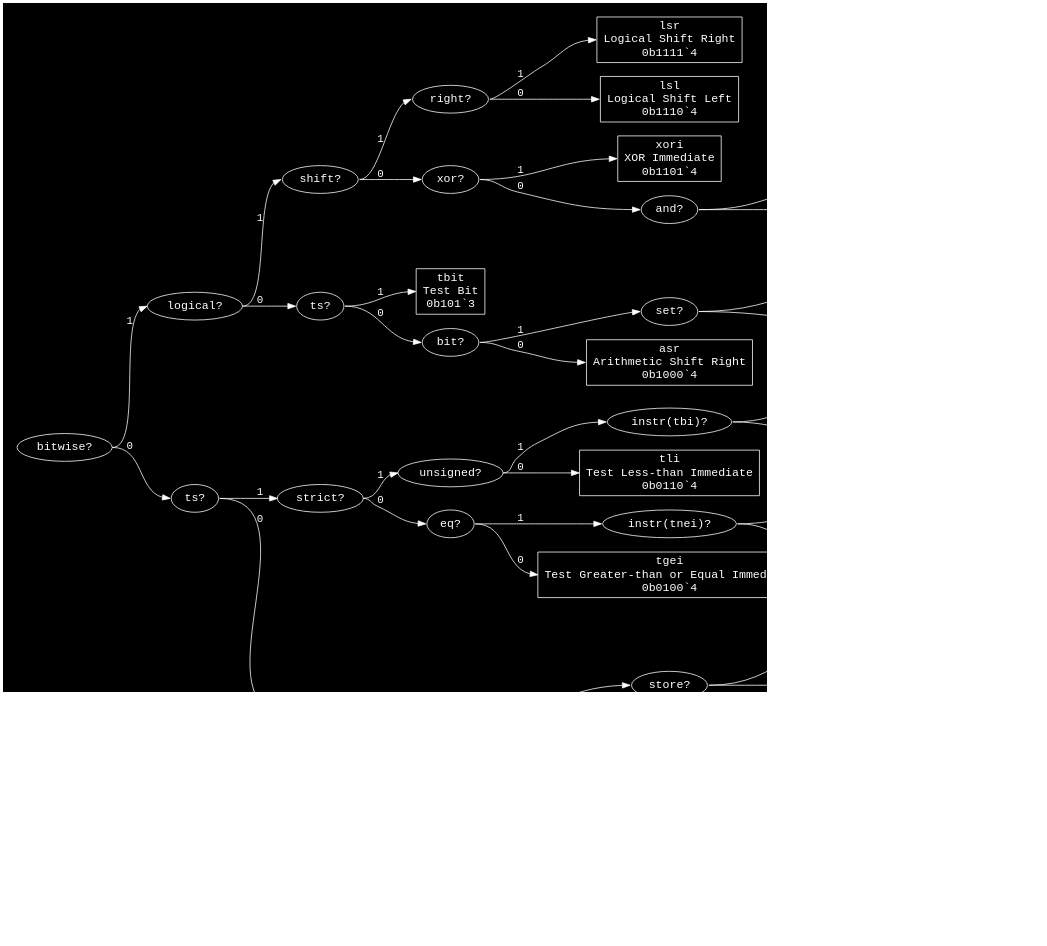
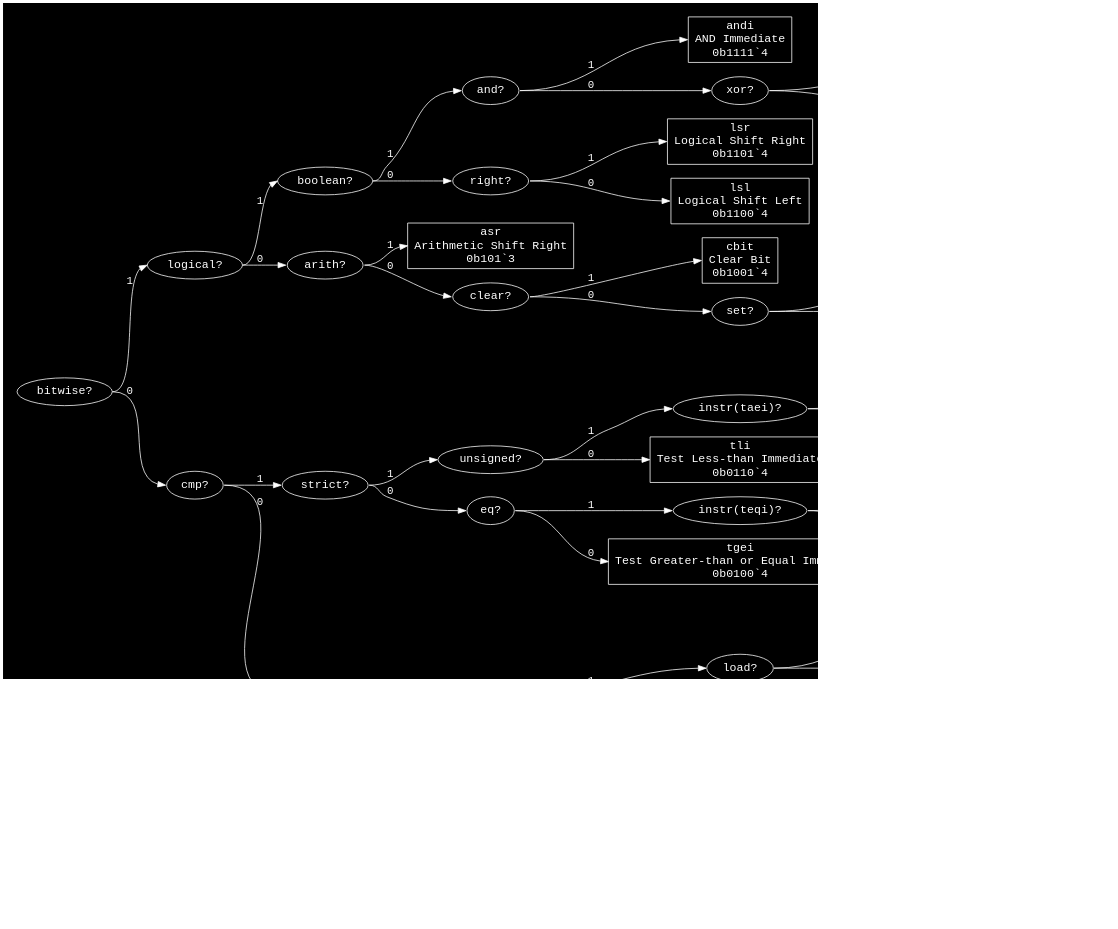
One commit to eignnx/SPRIND changed the diagram in assets/graphs/ri(_).dot. Above: the diagram before and after it, drawn with Graphviz. The commit also changed 15 other files, not shown here.

```diff
--- a/assets/graphs/ri(_).dot
+++ b/assets/graphs/ri(_).dot
@@ -1,90 +1,90 @@
 digraph "Format ri(_)" {
   graph [dpi = 100, bgcolor="#111", fontcolor="white", rankdir=LR, pad="0.25"];
   node [fontname = "Courier", fontsize="15pt", color="white", fontcolor="white"];
   edge [fontname = "Courier", color="white", fontcolor="white"];
-  "bitwise_4696981" [label = "bitwise?", shape = ellipse];
-  "bitwise_4696981":e -> "logical_14885677":w [label = "1"];
-  "bitwise_4696981":e -> "ts_12450932":w [label = "0"];
-  "logical_14885677" [label = "logical?", shape = ellipse];
-  "logical_14885677":e -> "shift_8030087":w [label = "1"];
-  "logical_14885677":e -> "ts_9829234":w [label = "0"];
-  "shift_8030087" [label = "shift?", shape = ellipse];
-  "shift_8030087":e -> "right_9450710":w [label = "1"];
-  "shift_8030087":e -> "xor_893094":w [label = "0"];
+  "bitwise_16196687" [label = "bitwise?", shape = ellipse];
+  "bitwise_16196687":e -> "logical_5039830":w [label = "1"];
+  "bitwise_16196687":e -> "cmp_1283545":w [label = "0"];
+  "logical_5039830" [label = "logical?", shape = ellipse];
+  "logical_5039830":e -> "boolean_13427020":w [label = "1"];
+  "logical_5039830":e -> "arith_9698543":w [label = "0"];
+  "boolean_13427020" [label = "boolean?", shape = ellipse];
+  "boolean_13427020":e -> "and_9476752":w [label = "1"];
+  "boolean_13427020":e -> "right_9450710":w [label = "0"];
+  "and_9476752" [label = "and?", shape = ellipse];
+  "and_9476752":e -> "andi_12159617":w [label = "1"];
+  "and_9476752":e -> "xor_2651879":w [label = "0"];
+  "andi_12159617" [label = "andi\nAND Immediate\n0b1111`4", shape = rectangle];
+  "xor_2651879" [label = "xor?", shape = ellipse];
+  "xor_2651879":e -> "xori_1004432":w [label = "1"];
+  "xor_2651879":e -> "ori_10741780":w [label = "0"];
+  "xori_1004432" [label = "xori\nXOR Immediate\n0b11101`5", shape = rectangle];
+  "ori_10741780" [label = "ori\nOR Immediate\n0b11100`5", shape = rectangle];
   "right_9450710" [label = "right?", shape = ellipse];
   "right_9450710":e -> "lsr_5551459":w [label = "1"];
   "right_9450710":e -> "lsl_933506":w [label = "0"];
-  "lsr_5551459" [label = "lsr\nLogical Shift Right\n0b1111`4", shape = rectangle];
-  "lsl_933506" [label = "lsl\nLogical Shift Left\n0b1110`4", shape = rectangle];
-  "xor_893094" [label = "xor?", shape = ellipse];
-  "xor_893094":e -> "xori_1004432":w [label = "1"];
-  "xor_893094":e -> "and_9270733":w [label = "0"];
-  "xori_1004432" [label = "xori\nXOR Immediate\n0b1101`4", shape = rectangle];
-  "and_9270733" [label = "and?", shape = ellipse];
-  "and_9270733":e -> "andi_12159617":w [label = "1"];
-  "and_9270733":e -> "ori_10741780":w [label = "0"];
-  "andi_12159617" [label = "andi\nAND Immediate\n0b11001`5", shape = rectangle];
-  "ori_10741780" [label = "ori\nOR Immediate\n0b11000`5", shape = rectangle];
-  "ts_9829234" [label = "ts?", shape = ellipse];
-  "ts_9829234":e -> "tbit_5372373":w [label = "1"];
-  "ts_9829234":e -> "bit_8224027":w [label = "0"];
-  "tbit_5372373" [label = "tbit\nTest Bit\n0b101`3", shape = rectangle];
-  "bit_8224027" [label = "bit?", shape = ellipse];
-  "bit_8224027":e -> "set_3704032":w [label = "1"];
-  "bit_8224027":e -> "asr_4658712":w [label = "0"];
-  "set_3704032" [label = "set?", shape = ellipse];
-  "set_3704032":e -> "sbit_16738776":w [label = "1"];
-  "set_3704032":e -> "cbit_262815":w [label = "0"];
-  "sbit_16738776" [label = "sbit\nSet Bit\n0b10011`5", shape = rectangle];
-  "cbit_262815" [label = "cbit\nClear Bit\n0b10010`5", shape = rectangle];
-  "asr_4658712" [label = "asr\nArithmetic Shift Right\n0b1000`4", shape = rectangle];
-  "ts_12450932" [label = "ts?", shape = ellipse];
-  "ts_12450932":e -> "strict_16455406":w [label = "1"];
-  "ts_12450932":e -> "mem_14389800":w [label = "0"];
-  "strict_16455406" [label = "strict?", shape = ellipse];
-  "strict_16455406":e -> "unsigned_9730244":w [label = "1"];
-  "strict_16455406":e -> "eq_5066476":w [label = "0"];
-  "unsigned_9730244" [label = "unsigned?", shape = ellipse];
-  "unsigned_9730244":e -> "instr(tbi)_2834915":w [label = "1"];
-  "unsigned_9730244":e -> "tli_650505":w [label = "0"];
-  "instr(tbi)_2834915" [label = "instr(tbi)?", shape = ellipse];
-  "instr(tbi)_2834915":e -> "tbi_7859922":w [label = "1"];
-  "instr(tbi)_2834915":e -> "taei_9511866":w [label = "0"];
-  "tbi_7859922" [label = "tbi\nTest Below Immediate\n0b01111`5", shape = rectangle];
-  "taei_9511866" [label = "taei\nTest Above or Equal\n0b01110`5", shape = rectangle];
+  "lsr_5551459" [label = "lsr\nLogical Shift Right\n0b1101`4", shape = rectangle];
+  "lsl_933506" [label = "lsl\nLogical Shift Left\n0b1100`4", shape = rectangle];
+  "arith_9698543" [label = "arith?", shape = ellipse];
+  "arith_9698543":e -> "asr_4658712":w [label = "1"];
+  "arith_9698543":e -> "clear_7702689":w [label = "0"];
+  "asr_4658712" [label = "asr\nArithmetic Shift Right\n0b101`3", shape = rectangle];
+  "clear_7702689" [label = "clear?", shape = ellipse];
+  "clear_7702689":e -> "cbit_262815":w [label = "1"];
+  "clear_7702689":e -> "set_10387925":w [label = "0"];
+  "cbit_262815" [label = "cbit\nClear Bit\n0b1001`4", shape = rectangle];
+  "set_10387925" [label = "set?", shape = ellipse];
+  "set_10387925":e -> "sbit_16738776":w [label = "1"];
+  "set_10387925":e -> "tbit_5372373":w [label = "0"];
+  "sbit_16738776" [label = "sbit\nSet Bit\n0b10001`5", shape = rectangle];
+  "tbit_5372373" [label = "tbit\nTest Bit\n0b10000`5", shape = rectangle];
+  "cmp_1283545" [label = "cmp?", shape = ellipse];
+  "cmp_1283545":e -> "strict_12687118":w [label = "1"];
+  "cmp_1283545":e -> "global_8409141":w [label = "0"];
+  "strict_12687118" [label = "strict?", shape = ellipse];
+  "strict_12687118":e -> "unsigned_12772085":w [label = "1"];
+  "strict_12687118":e -> "eq_4284105":w [label = "0"];
+  "unsigned_12772085" [label = "unsigned?", shape = ellipse];
+  "unsigned_12772085":e -> "instr(taei)_9028234":w [label = "1"];
+  "unsigned_12772085":e -> "tli_650505":w [label = "0"];
+  "instr(taei)_9028234" [label = "instr(taei)?", shape = ellipse];
+  "instr(taei)_9028234":e -> "taei_9511866":w [label = "1"];
+  "instr(taei)_9028234":e -> "tbi_7859922":w [label = "0"];
+  "taei_9511866" [label = "taei\nTest Above or Equal\n0b01111`5", shape = rectangle];
+  "tbi_7859922" [label = "tbi\nTest Below Immediate\n0b01110`5", shape = rectangle];
   "tli_650505" [label = "tli\nTest Less-than Immediate\n0b0110`4", shape = rectangle];
-  "eq_5066476" [label = "eq?", shape = ellipse];
-  "eq_5066476":e -> "instr(tnei)_12460298":w [label = "1"];
-  "eq_5066476":e -> "tgei_4329480":w [label = "0"];
-  "instr(tnei)_12460298" [label = "instr(tnei)?", shape = ellipse];
-  "instr(tnei)_12460298":e -> "tnei_12469607":w [label = "1"];
-  "instr(tnei)_12460298":e -> "teqi_10456661":w [label = "0"];
-  "tnei_12469607" [label = "tnei\nTest Not Equal Immediate\n0b01011`5", shape = rectangle];
-  "teqi_10456661" [label = "teqi\nTest Equal Immediate\n0b01010`5", shape = rectangle];
+  "eq_4284105" [label = "eq?", shape = ellipse];
+  "eq_4284105":e -> "instr(teqi)_9290102":w [label = "1"];
+  "eq_4284105":e -> "tgei_4329480":w [label = "0"];
+  "instr(teqi)_9290102" [label = "instr(teqi)?", shape = ellipse];
+  "instr(teqi)_9290102":e -> "teqi_10456661":w [label = "1"];
+  "instr(teqi)_9290102":e -> "tnei_12469607":w [label = "0"];
+  "teqi_10456661" [label = "teqi\nTest Equal Immediate\n0b01011`5", shape = rectangle];
+  "tnei_12469607" [label = "tnei\nTest Not Equal Immediate\n0b01010`5", shape = rectangle];
   "tgei_4329480" [label = "tgei\nTest Greater-than or Equal Immediate\n0b0100`4", shape = rectangle];
-  "mem_14389800" [label = "mem?", shape = ellipse];
-  "mem_14389800":e -> "word_12344914":w [label = "1"];
-  "mem_14389800":e -> "carry_3117734":w [label = "0"];
-  "word_12344914" [label = "word?", shape = ellipse];
-  "word_12344914":e -> "store_746487":w [label = "1"];
-  "word_12344914":e -> "store_301838":w [label = "0"];
-  "store_746487" [label = "store?", shape = ellipse];
-  "store_746487":e -> "sgw_3934115":w [label = "1"];
-  "store_746487":e -> "lgw_5872715":w [label = "0"];
-  "sgw_3934115" [label = "sgw\nStore Global Word\n0b00111`5", shape = rectangle];
-  "lgw_5872715" [label = "lgw\nLoad Global Word\n0b00110`5", shape = rectangle];
-  "store_301838" [label = "store?", shape = ellipse];
-  "store_301838":e -> "sgb_13623431":w [label = "1"];
-  "store_301838":e -> "lgb_856797":w [label = "0"];
-  "sgb_13623431" [label = "sgb\nStore Global Byte\n0b00101`5", shape = rectangle];
-  "lgb_856797" [label = "lgb\nLoad Global Byte\n0b00100`5", shape = rectangle];
+  "global_8409141" [label = "global?", shape = ellipse];
+  "global_8409141":e -> "byte_11793580":w [label = "1"];
+  "global_8409141":e -> "carry_3117734":w [label = "0"];
+  "byte_11793580" [label = "byte?", shape = ellipse];
+  "byte_11793580":e -> "load_4551929":w [label = "1"];
+  "byte_11793580":e -> "load_470839":w [label = "0"];
+  "load_4551929" [label = "load?", shape = ellipse];
+  "load_4551929":e -> "lgb_856797":w [label = "1"];
+  "load_4551929":e -> "sgb_13623431":w [label = "0"];
+  "lgb_856797" [label = "lgb\nLoad Global Byte\n0b00111`5", shape = rectangle];
+  "sgb_13623431" [label = "sgb\nStore Global Byte\n0b00110`5", shape = rectangle];
+  "load_470839" [label = "load?", shape = ellipse];
+  "load_470839":e -> "lgw_5872715":w [label = "1"];
+  "load_470839":e -> "sgw_3934115":w [label = "0"];
+  "lgw_5872715" [label = "lgw\nLoad Global Word\n0b00101`5", shape = rectangle];
+  "sgw_3934115" [label = "sgw\nStore Global Word\n0b00100`5", shape = rectangle];
   "carry_3117734" [label = "carry?", shape = ellipse];
   "carry_3117734":e -> "add_2468223":w [label = "1"];
   "carry_3117734":e -> "addi_9690679":w [label = "0"];
   "add_2468223" [label = "add?", shape = ellipse];
   "add_2468223":e -> "addicy_12315327":w [label = "1"];
   "add_2468223":e -> "subicy_2944954":w [label = "0"];
   "addicy_12315327" [label = "addicy\nAdd Immediate with Carry\n0b00011`5", shape = rectangle];
   "subicy_2944954" [label = "subicy\nSubtract Immediate with Carry\n0b00010`5", shape = rectangle];
   "addi_9690679" [label = "addi\nAdd Immediate\n0b0000`4", shape = rectangle];
 }
```
